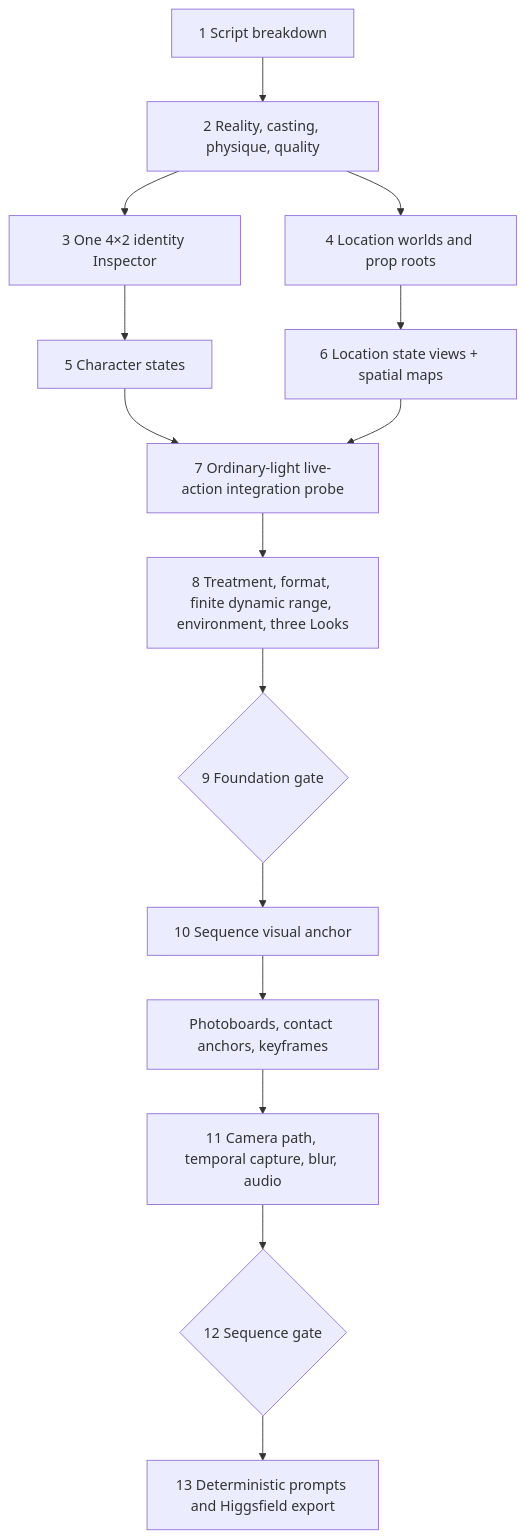
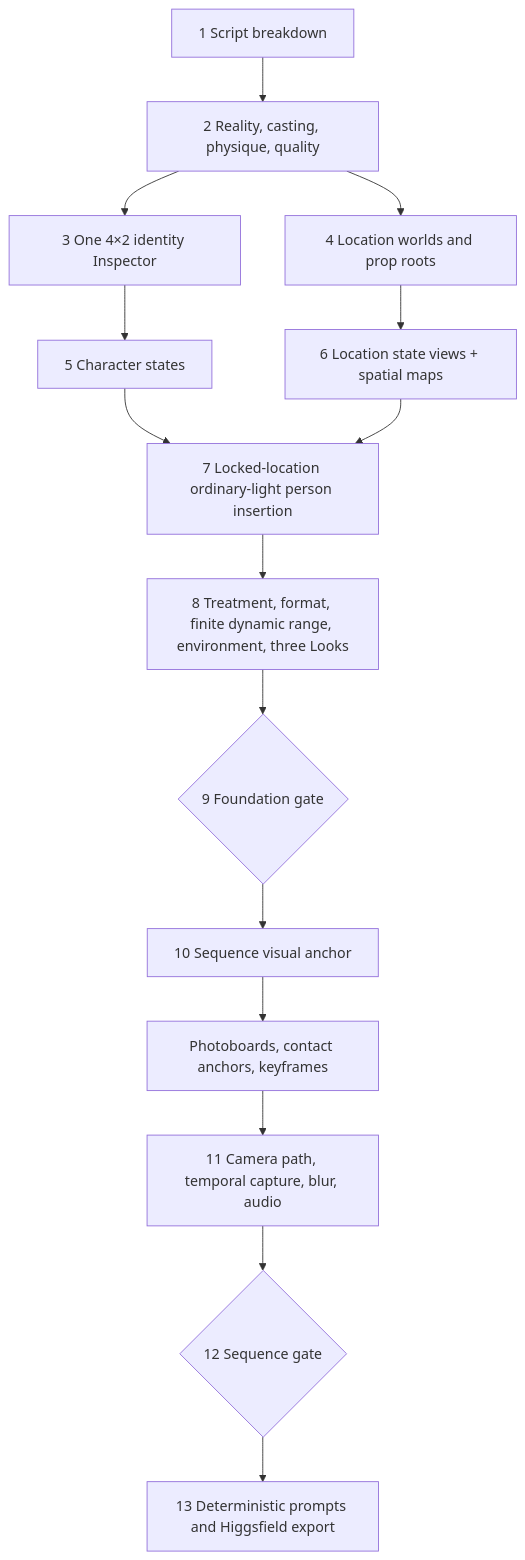
One commit to Hughhhhcoder/cinematic-ai-director changed the diagram in docs/workflow.md. Above: the diagram before and after it, drawn with Mermaid. The commit also changed other lines of this file and 50 other files, not shown here.

Commit message:
fix: lock location geometry during person insertion

````diff
--- a/docs/workflow.md
+++ b/docs/workflow.md
@@ -3,17 +3,17 @@
 ```mermaid
 flowchart TD
     A[1 Script breakdown] --> B[2 Reality, casting, physique, quality]
     B --> C[3 One 4×2 identity Inspector]
     B --> D[4 Location worlds and prop roots]
     C --> E[5 Character states]
     D --> F[6 Location state views + spatial maps]
-    E --> P[7 Ordinary-light live-action integration probe]
+    E --> P[7 Locked-location ordinary-light person insertion]
     F --> P
     P --> G[8 Treatment, format, finite dynamic range, environment, three Looks]
     G --> H{9 Foundation gate}
     H --> I[10 Sequence visual anchor]
     I --> J[Photoboards, contact anchors, keyframes]
     J --> K[11 Camera path, temporal capture, blur, audio]
     K --> L{12 Sequence gate}
     L --> M[13 Deterministic prompts and Higgsfield export]
 ```
````
